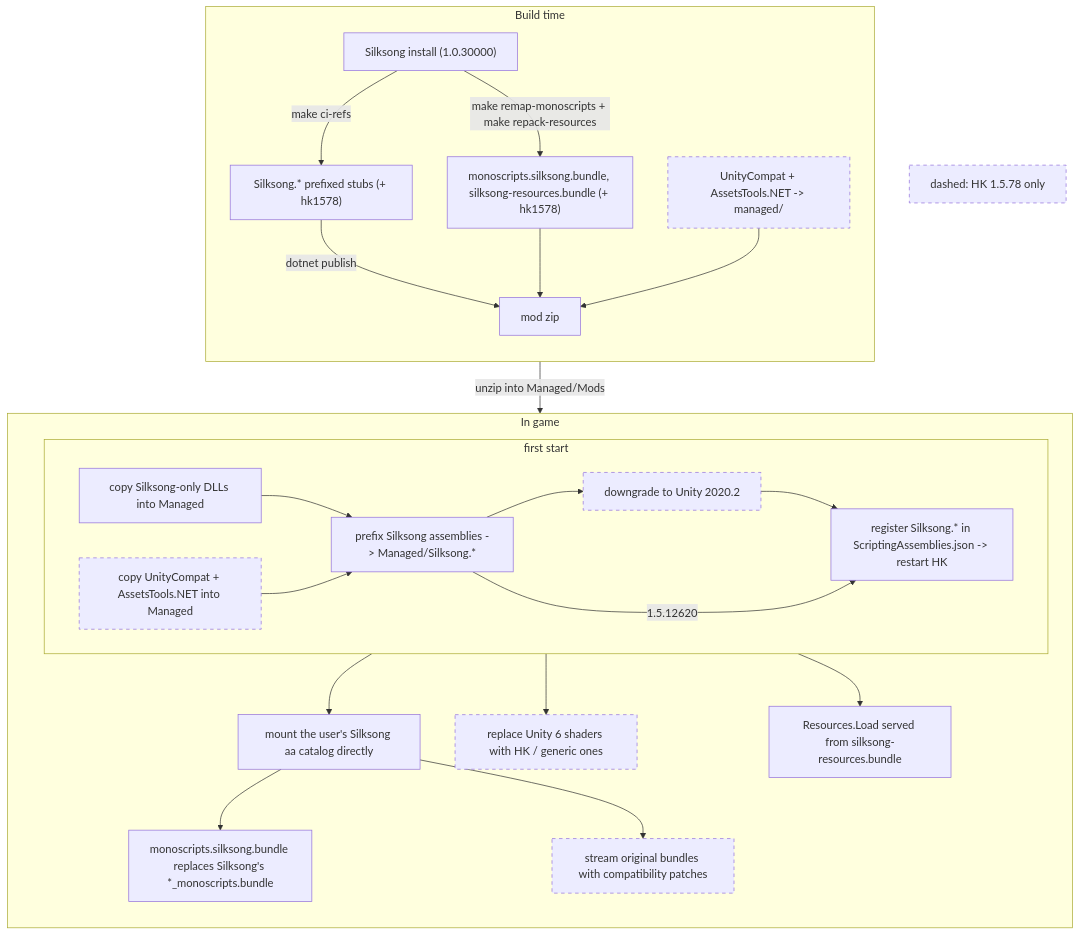
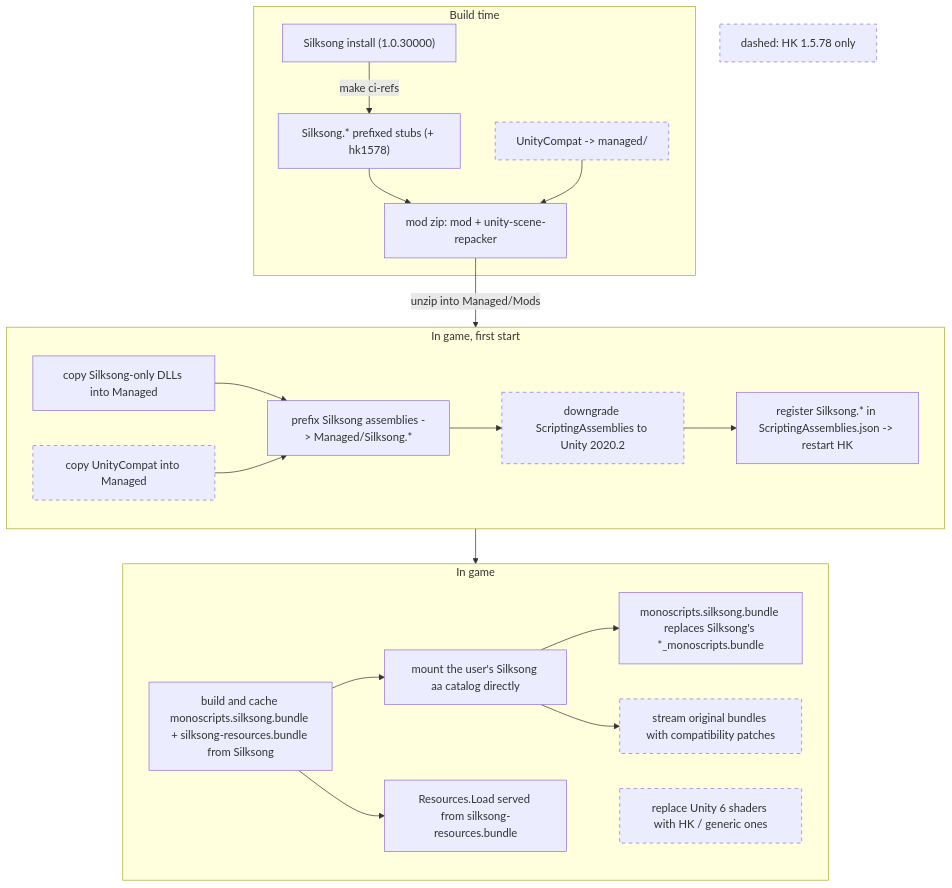
Before and after one commit to jakobhellermann/hkmod-HornetInHallownest: the diagram in docs/asset-pipeline.mmd, drawn with Mermaid. The commit also changed other lines of this file and 13 other files, not shown here.

Commit message:
Remove the shipped Silksong bundles and their asset pipeline

```diff
--- a/docs/asset-pipeline.mmd
+++ b/docs/asset-pipeline.mmd
@@ -1,34 +1,26 @@
 flowchart TB
-    subgraph Dev["Build time"]
-        direction TB
-        B1["Silksong install (1.0.30000)"] -->|"make ci-refs"| B2b["Silksong.* prefixed stubs (+ hk1578)"]
-        B1 -->|"make remap-monoscripts + make repack-resources"| B2c["monoscripts.silksong.bundle, silksong-resources.bundle (+ hk1578)"]
-        B2s["UnityCompat + AssetsTools.NET -> managed/"]:::hk1578
-        B2b -->|"dotnet publish"| B3["mod zip"]
-        B2c --> B3
-        B2s --> B3
+    subgraph Build["Build time"]
+        B1["Silksong install (1.0.30000)"] -->|"make ci-refs"| B2["Silksong.* prefixed stubs (+ hk1578)"]
+        B2 --> B3["mod zip: mod + unity-scene-repacker"]
+        B2s["UnityCompat -> managed/"] --> B3
     end
-    subgraph RT["In game"]
-        direction TB
-        subgraph First["first start"]
-            R5["copy Silksong-only DLLs into Managed"] --> R6["prefix Silksong assemblies -> Managed/Silksong.*"]
-            R5b["copy UnityCompat + AssetsTools.NET into Managed"]:::hk1578 --> R6
-            R6 --> R6b["downgrade to Unity 2020.2"]:::hk1578
-            R6b --> R7["register Silksong.* in ScriptingAssemblies.json -> restart HK"]
-            R6 -->|"1.5.12620"| R7
-        end
-        R8["mount the user's Silksong aa catalog directly"]
-        R8b["stream original bundles with compatibility patches"]:::hk1578
-        R9["monoscripts.silksong.bundle replaces Silksong's *_monoscripts.bundle"]
-        R10["Resources.Load served from silksong-resources.bundle"]
-        R11["replace Unity 6 shaders with HK / generic ones"]:::hk1578
-        First --> R8
-        R8 --> R9
-        R8 --> R8b
-        First --> R11
-        First --> R10
+    subgraph First["In game, first start"]
+        F1["copy Silksong-only DLLs into Managed"] --> F2["prefix Silksong assemblies -> Managed/Silksong.*"]
+        F1s["copy UnityCompat into Managed"] --> F2
+        F2 --> F3["downgrade ScriptingAssemblies to Unity 2020.2"]
+        F3 --> F4["register Silksong.* in ScriptingAssemblies.json -> restart HK"]
     end
-    B3 -->|"unzip into Managed/Mods"| RT
-    L["dashed: HK 1.5.78 only"]:::hk1578
+    subgraph Run["In game"]
+        R1["build and cache monoscripts.silksong.bundle + silksong-resources.bundle from Silksong"]
+        R1 --> R2["mount the user's Silksong aa catalog directly"]
+        R2 --> R3["monoscripts.silksong.bundle replaces Silksong's *_monoscripts.bundle"]
+        R2 --> R4["stream original bundles with compatibility patches"]
+        R1 --> R5["Resources.Load served from silksong-resources.bundle"]
+        R6["replace Unity 6 shaders with HK / generic ones"]
+    end
+    B3 -->|"unzip into Managed/Mods"| First
+    First --> Run
+    L["dashed: HK 1.5.78 only"]
 
+    class B2s,F1s,F3,R4,R6,L hk1578
     classDef hk1578 stroke-dasharray: 5 5
```
